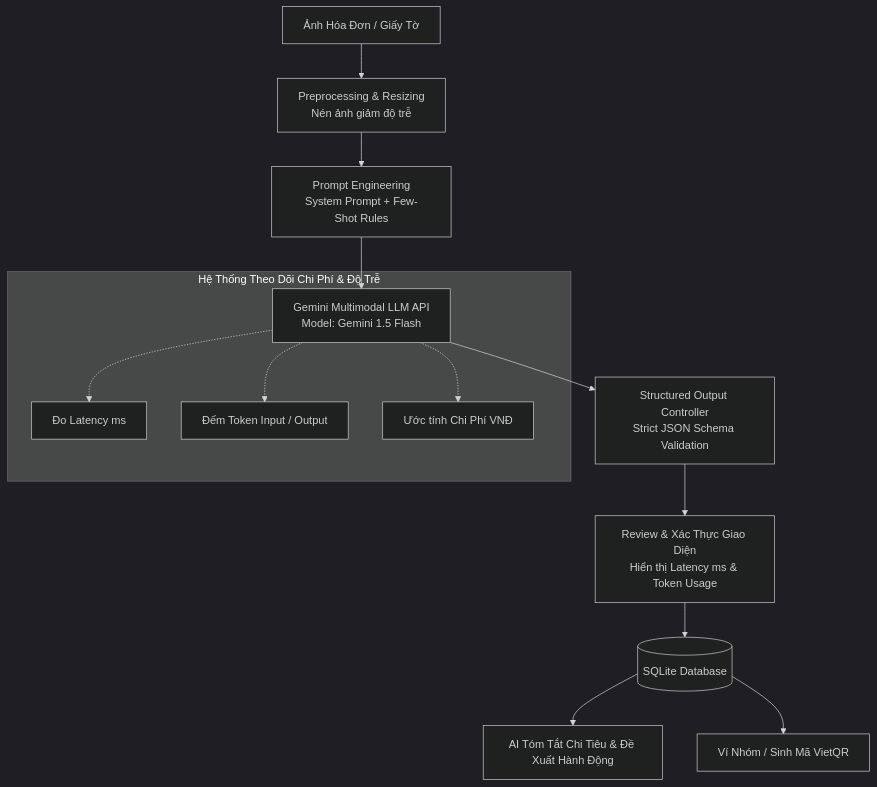
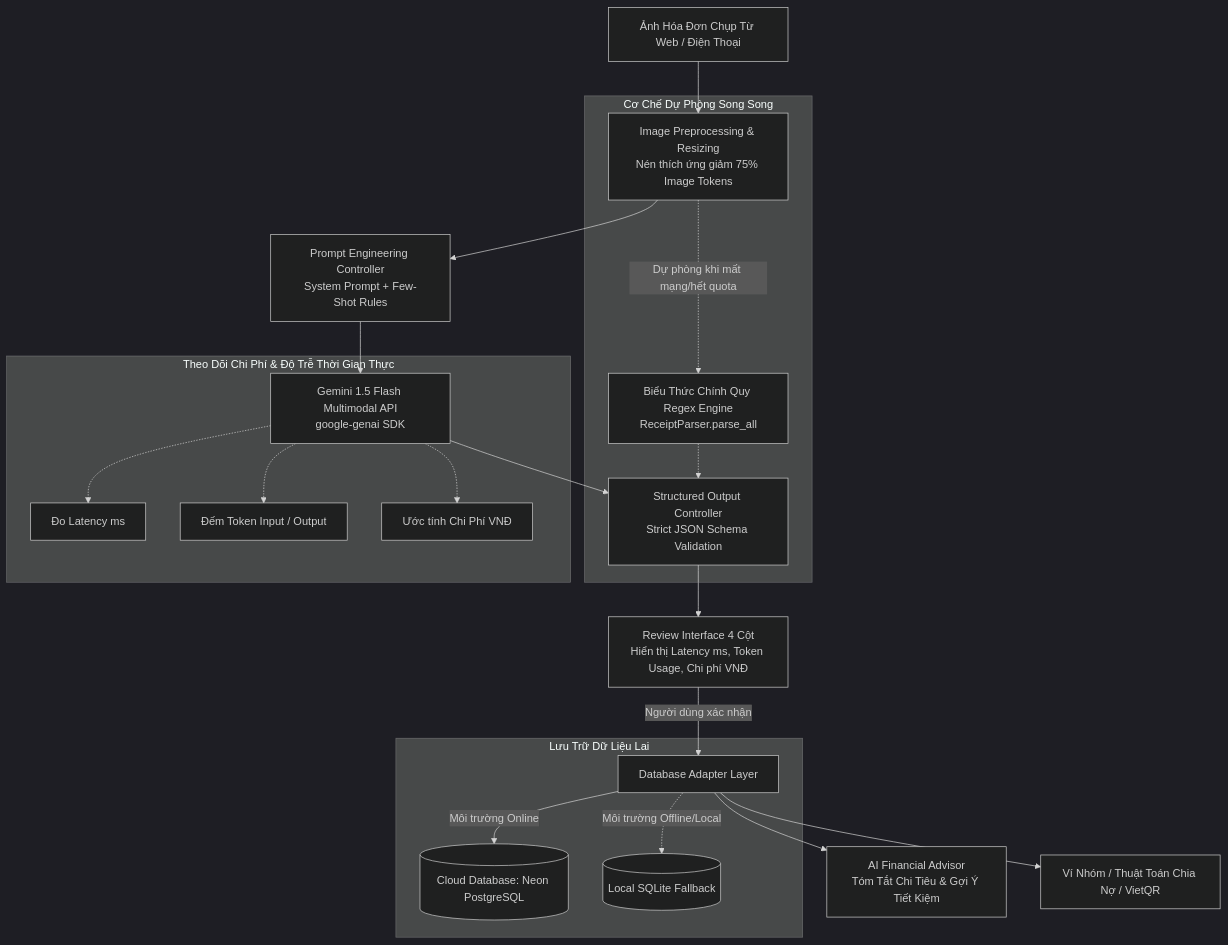
One commit to hynengy/Vi-xinh changed the diagram in README.md. Above: the diagram before and after it, drawn with Mermaid (dark theme). The commit also changed other lines of this file, not shown here.

````diff
--- a/README.md
+++ b/README.md
@@ -37,17 +63,30 @@
 ```mermaid
 graph TD
-    A[Ảnh Hóa Đơn / Giấy Tờ] --> B[Preprocessing & Resizing<br/>Nén ảnh giảm độ trễ]
-    B --> C[Prompt Engineering<br/>System Prompt + Few-Shot Rules]
-    C --> D[Gemini Multimodal LLM API<br/>Model: Gemini 1.5 Flash]
+    A[Ảnh Hóa Đơn Chụp Từ Web / Điện Thoại] --> B[Image Preprocessing & Resizing<br/>Nén thích ứng giảm 75% Image Tokens]
+    B --> C[Prompt Engineering Controller<br/>System Prompt + Few-Shot Rules]
+    C --> D[Gemini 1.5 Flash Multimodal API<br/>google-genai SDK]
+    
     D --> E[Structured Output Controller<br/>Strict JSON Schema Validation]
-    E --> F[Review & Xác Thực Giao Diện<br/>Hiển thị Latency ms & Token Usage]
-    F --> G[(SQLite Database)]
-    G --> H[AI Tóm Tắt Chi Tiêu & Đề Xuất Hành Động]
-    G --> I[Ví Nhóm / Sinh Mã VietQR]
+    
+    subgraph Fallback_Mechanism [Cơ Chế Dự Phòng Song Song]
+        B -.->|Dự phòng khi mất mạng/hết quota| F_Regex[Biểu Thức Chính Quy Regex Engine<br/>ReceiptParser.parse_all]
+        F_Regex -.-> E
+    end
+    
+    E --> F[Review Interface 4 Cột<br/>Hiển thị Latency ms, Token Usage, Chi phí VNĐ]
+    F -->|Người dùng xác nhận| G[Database Adapter Layer]
+    
+    subgraph Storage_Layer [Lưu Trữ Dữ Liệu Lai]
+        G -->|Môi trường Online| DB_Cloud[(Cloud Database: Neon PostgreSQL)]
+        G -.->|Môi trường Offline/Local| DB_Local[(Local SQLite Fallback)]
+    end
+    
+    G --> H[AI Financial Advisor<br/>Tóm Tắt Chi Tiêu & Gợi Ý Tiết Kiệm]
+    G --> I[Ví Nhóm / Thuật Toán Chia Nợ / VietQR]
 
-    subgraph Cost_Latency_Tracking [Hệ Thống Theo Dõi Chi Phí & Độ Trễ]
+    subgraph Monitoring [Theo Dõi Chi Phí & Độ Trễ Thời Gian Thực]
         D -.-> T1[Đo Latency ms]
         D -.-> T2[Đếm Token Input / Output]
         D -.-> T3[Ước tính Chi Phí VNĐ]
     end
 ```
````
